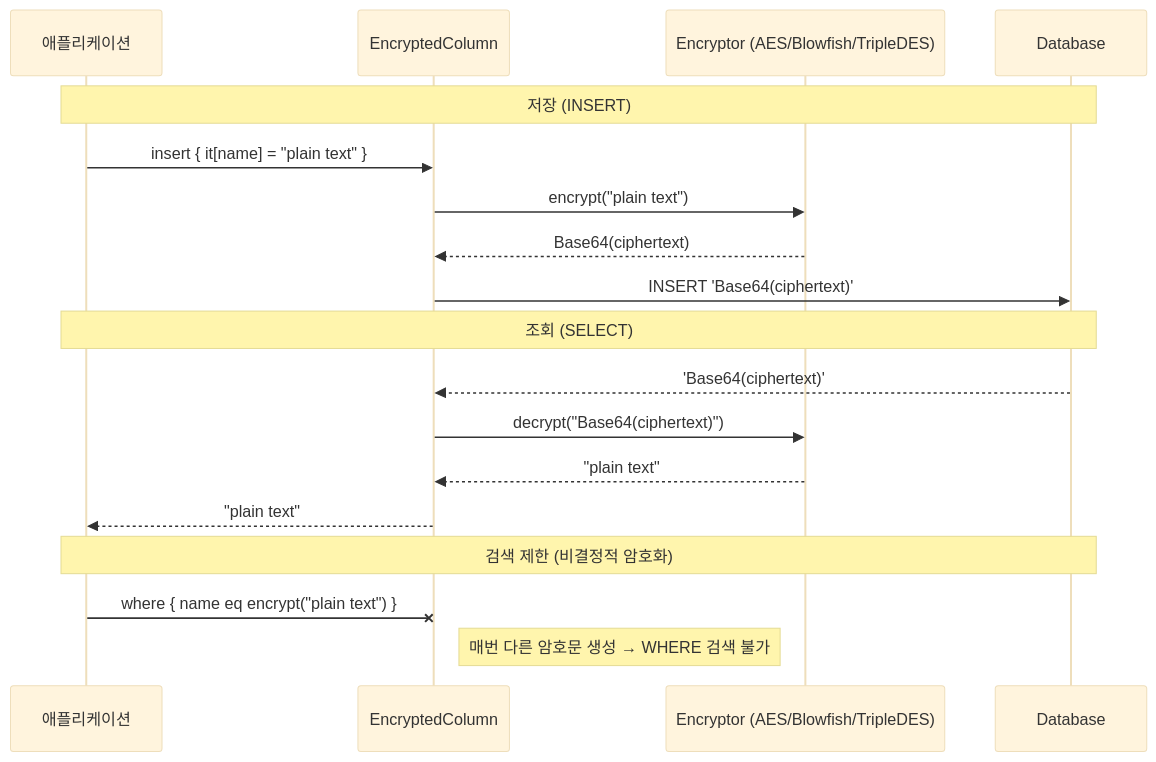
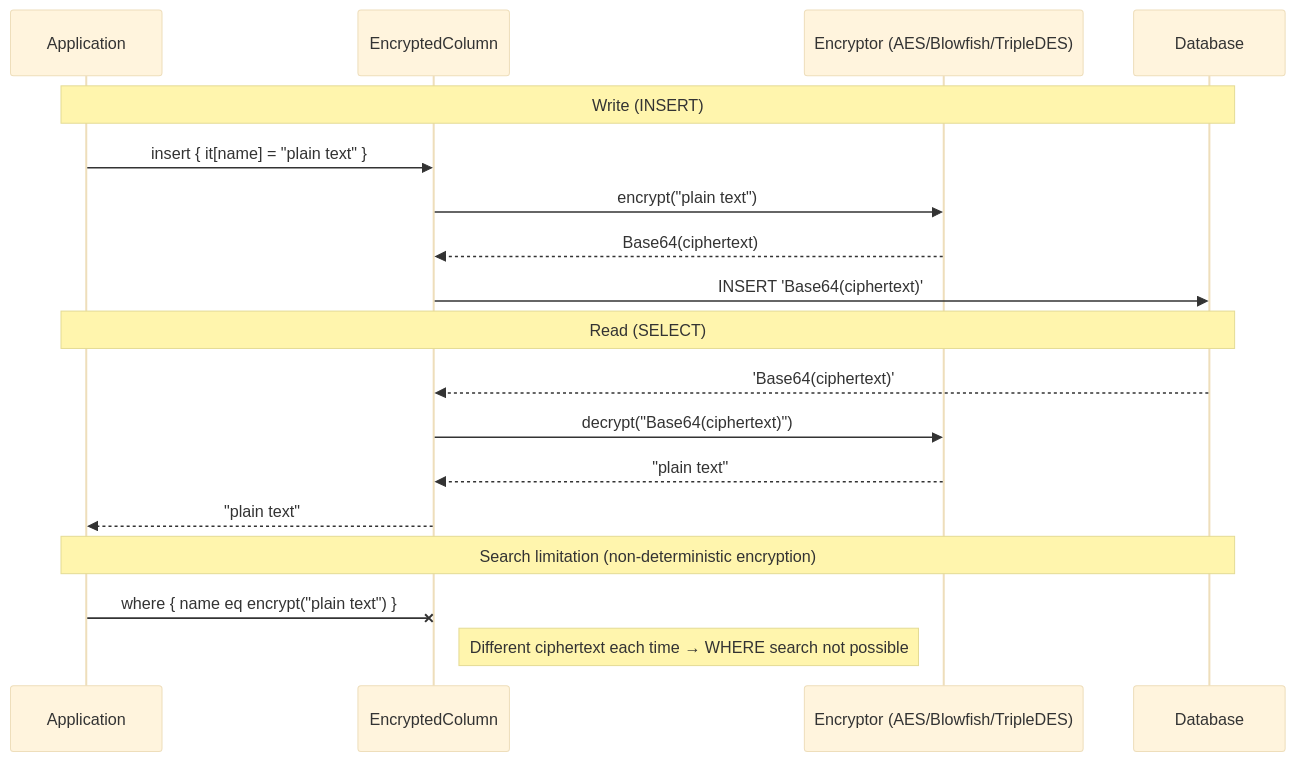
One commit to bluetape4k/exposed-r2dbc-workshop changed the second of 2 diagrams in 06-advanced/01-exposed-r2dbc-crypt/README.md. Above: the diagram before and after it, drawn with Mermaid (base theme). The commit also changed other lines of this file and 63 other files, not shown here.

First line of the commit message:
docs: 전 모듈 README Mermaid UML 추가 및 영/한 이중화

````diff
--- a/06-advanced/01-exposed-r2dbc-crypt/README.md
+++ b/06-advanced/01-exposed-r2dbc-crypt/README.md
@@ -82,23 +133,23 @@
 ```mermaid
 sequenceDiagram
-    participant App as 애플리케이션
+    participant App as Application
     participant Col as EncryptedColumn
     participant Enc as Encryptor (AES/Blowfish/TripleDES)
     participant DB as Database
 
-    Note over App,DB: 저장 (INSERT)
+    Note over App,DB: Write (INSERT)
     App ->> Col: insert { it[name] = "plain text" }
     Col ->> Enc: encrypt("plain text")
     Enc -->> Col: Base64(ciphertext)
     Col ->> DB: INSERT 'Base64(ciphertext)'
 
-    Note over App,DB: 조회 (SELECT)
+    Note over App,DB: Read (SELECT)
     DB -->> Col: 'Base64(ciphertext)'
     Col ->> Enc: decrypt("Base64(ciphertext)")
     Enc -->> Col: "plain text"
     Col -->> App: "plain text"
 
-    Note over App,DB: 검색 제한 (비결정적 암호화)
+    Note over App,DB: Search limitation (non-deterministic encryption)
     App -x Col: where { name eq encrypt("plain text") }
-    Note right of Col: 매번 다른 암호문 생성 → WHERE 검색 불가
+    Note right of Col: Different ciphertext each time → WHERE search not possible
 ```
````
